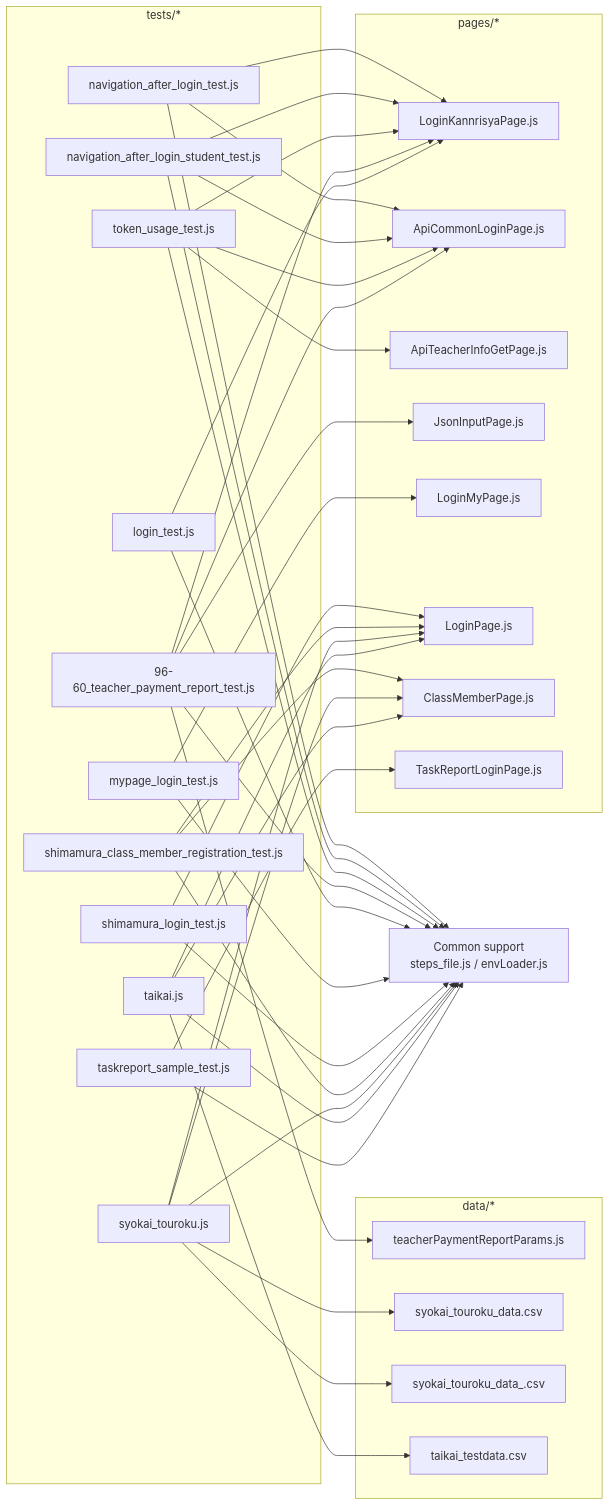
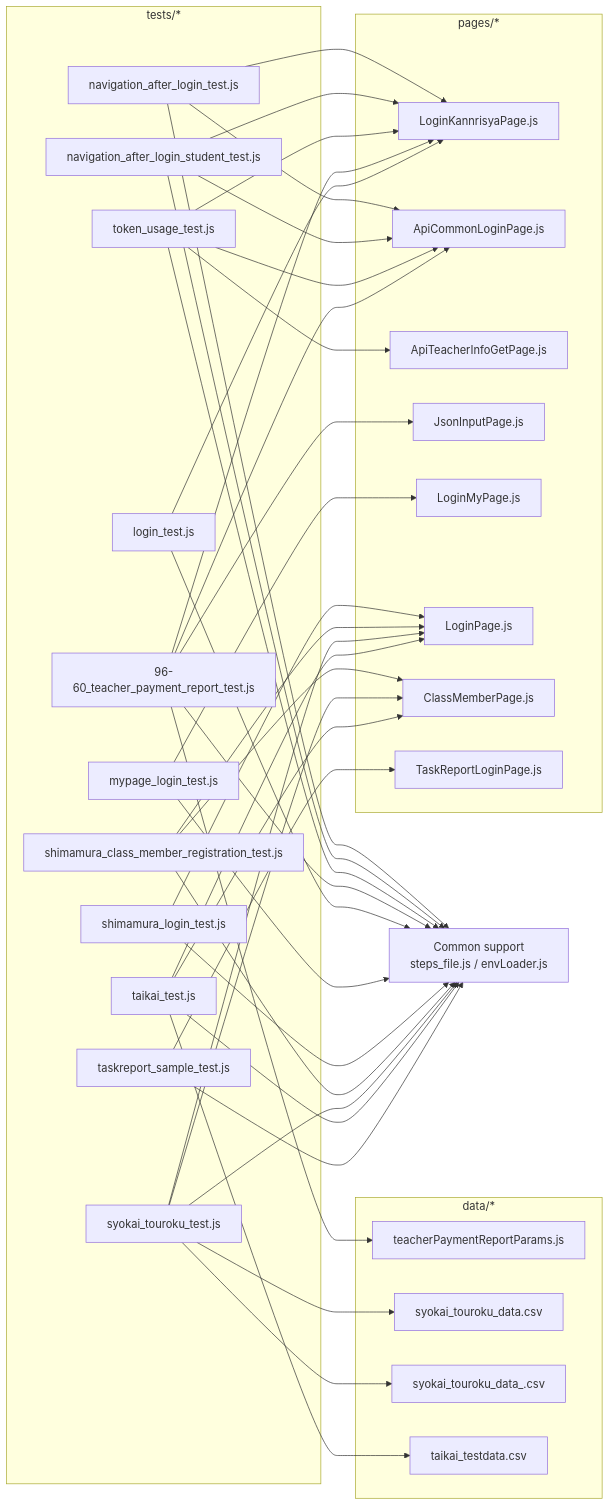
Before and after one commit to kageyama-aoi/e2e: the fourth of 5 diagrams in docs/mermaid_code_relationships.md, drawn with Mermaid. The commit also changed other lines of this file and 10 other files, not shown here.

````diff
--- a/docs/mermaid_code_relationships.md
+++ b/docs/mermaid_code_relationships.md
@@ -151,75 +151,75 @@
 ```mermaid
 flowchart LR
   subgraph TESTS[tests/*]
     T1[navigation_after_login_test.js]
     T2[navigation_after_login_student_test.js]
     T3[token_usage_test.js]
     T4[96-60_teacher_payment_report_test.js]
     T5[login_test.js]
     T6[mypage_login_test.js]
     S1[shimamura_login_test.js]
     S2[shimamura_class_member_registration_test.js]
-    S3[syokai_touroku.js]
-    S4[taikai.js]
+    S3[syokai_touroku_test.js]
+    S4[taikai_test.js]
     R1[taskreport_sample_test.js]
   end
 
   subgraph PAGES[pages/*]
     P1[LoginKannrisyaPage.js]
     P2[ApiCommonLoginPage.js]
     P3[ApiTeacherInfoGetPage.js]
     P4[JsonInputPage.js]
     P5[LoginMyPage.js]
     P6[LoginPage.js]
     P7[ClassMemberPage.js]
     P8[TaskReportLoginPage.js]
   end
 
   subgraph DATA[data/*]
     D1[teacherPaymentReportParams.js]
     D2[syokai_touroku_data.csv]
     D3[syokai_touroku_data_<profile>.csv]
     D4[taikai_testdata.csv]
   end
 
   COMMON[Common support\nsteps_file.js / envLoader.js]
 
   T1 --> P1
   T1 --> P2
   T2 --> P1
   T2 --> P2
   T3 --> P1
   T3 --> P2
   T3 --> P3
   T4 --> P1
   T4 --> P2
   T4 --> P4
   T4 --> D1
   T5 --> P1
   T6 --> P5
 
   S1 --> P6
   S2 --> P6
   S2 --> P7
   S3 --> P6
   S3 --> P7
   S3 --> D2
   S3 --> D3
   S4 --> P6
   S4 --> P7
   S4 --> D4
 
   R1 --> P8
 
   T1 --> COMMON
   T2 --> COMMON
   T3 --> COMMON
   T4 --> COMMON
   T5 --> COMMON
   T6 --> COMMON
   S1 --> COMMON
   S2 --> COMMON
   S3 --> COMMON
   S4 --> COMMON
   R1 --> COMMON
 ```
````
